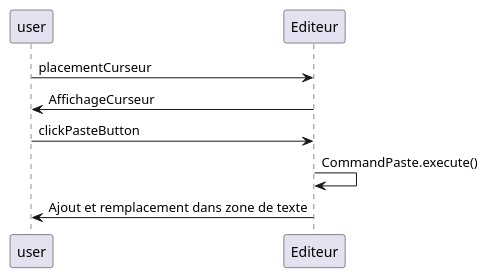
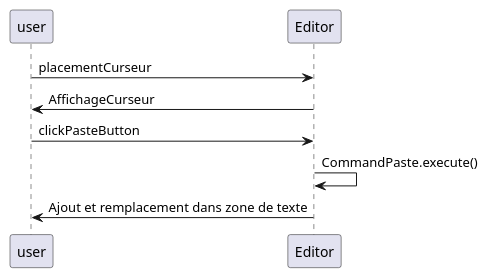
One commit to kiurow590/ESIR2_OMD_Project_Editor changed the diagram in UMLDiag/v1/SequenceColler.puml. Above: the diagram before and after it, drawn with PlantUML. The commit also changed 12 other files, not shown here.

```diff
--- a/UMLDiag/v1/SequenceColler.puml
+++ b/UMLDiag/v1/SequenceColler.puml
@@ -1,8 +1,8 @@
 @startuml
 'https://plantuml.com/sequence-diagram'
-user -> Editeur: placementCurseur
-Editeur -> user: AffichageCurseur
-user -> Editeur: clickPasteButton
-Editeur -> Editeur: CommandPaste.execute()
-Editeur -> user: Ajout et remplacement dans zone de texte
+user -> Editor: placementCurseur
+Editor -> user: AffichageCurseur
+user -> Editor: clickPasteButton
+Editor -> Editor: CommandPaste.execute()
+Editor -> user: Ajout et remplacement dans zone de texte
 @enduml
```
